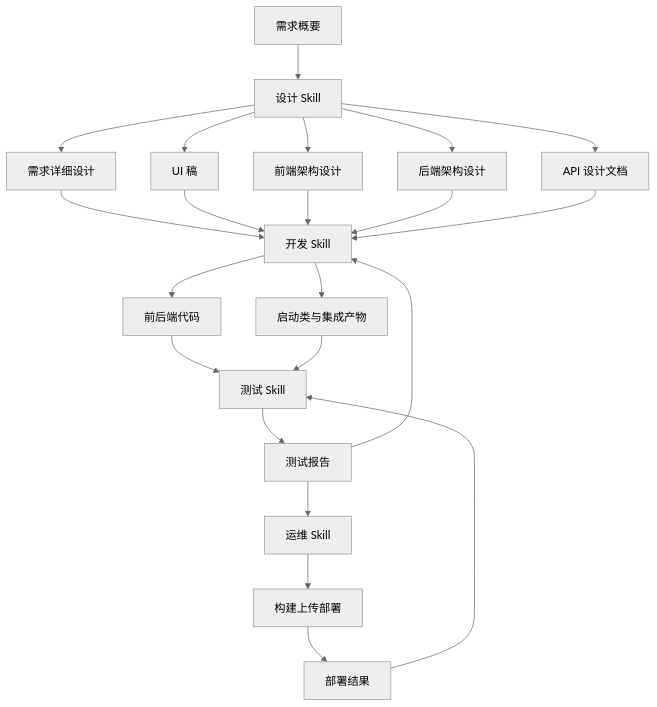
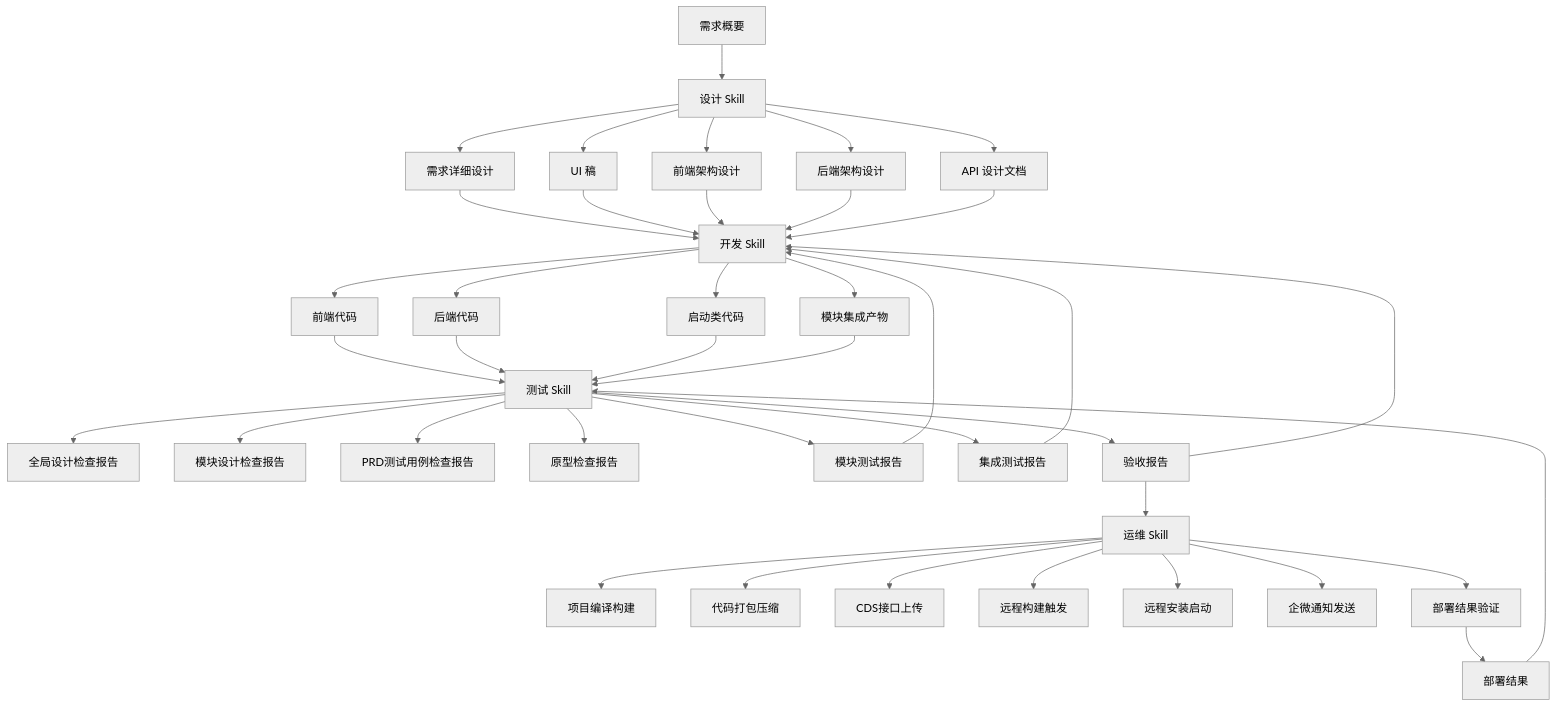
Before and after one commit to xiaoshen666/sz-claude-skills: the diagram in skills/CDS-SKILLS-COLLABORATION-PRINCIPLES.md, drawn with Mermaid (neutral theme). The commit also changed other lines of this file and 21 other files, not shown here.

````diff
--- a/skills/CDS-SKILLS-COLLABORATION-PRINCIPLES.md
+++ b/skills/CDS-SKILLS-COLLABORATION-PRINCIPLES.md
@@ -173,24 +179,42 @@
 ```mermaid
 graph TD
     A[需求概要] --> B[设计 Skill]
     B --> C[需求详细设计]
     B --> D[UI 稿]
     B --> E[前端架构设计]
     B --> F[后端架构设计]
     B --> G[API 设计文档]
     C --> H[开发 Skill]
     D --> H
     E --> H
     F --> H
     G --> H
-    H --> I[前后端代码]
-    H --> J[启动类与集成产物]
-    I --> K[测试 Skill]
-    J --> K
-    K --> L[测试报告]
-    L --> M[运维 Skill]
-    M --> N[构建上传部署]
-    N --> O[部署结果]
-    L --> H
-    O --> K
+    H --> I[前端代码]
+    H --> J[后端代码]
+    H --> K[启动类代码]
+    H --> L[模块集成产物]
+    I --> M[测试 Skill]
+    J --> M
+    K --> M
+    L --> M
+    M --> N[全局设计检查报告]
+    M --> O[模块设计检查报告]
+    M --> P[PRD测试用例检查报告]
+    M --> Q[原型检查报告]
+    M --> R[模块测试报告]
+    M --> S[集成测试报告]
+    M --> T[验收报告]
+    T --> U[运维 Skill]
+    U --> V[项目编译构建]
+    U --> W[代码打包压缩]
+    U --> X[CDS接口上传]
+    U --> Y[远程构建触发]
+    U --> Z[远程安装启动]
+    U --> AA[企微通知发送]
+    U --> BB[部署结果验证]
+    BB --> CC[部署结果]
+    R --> H
+    S --> H
+    T --> H
+    CC --> M
 ```
````
